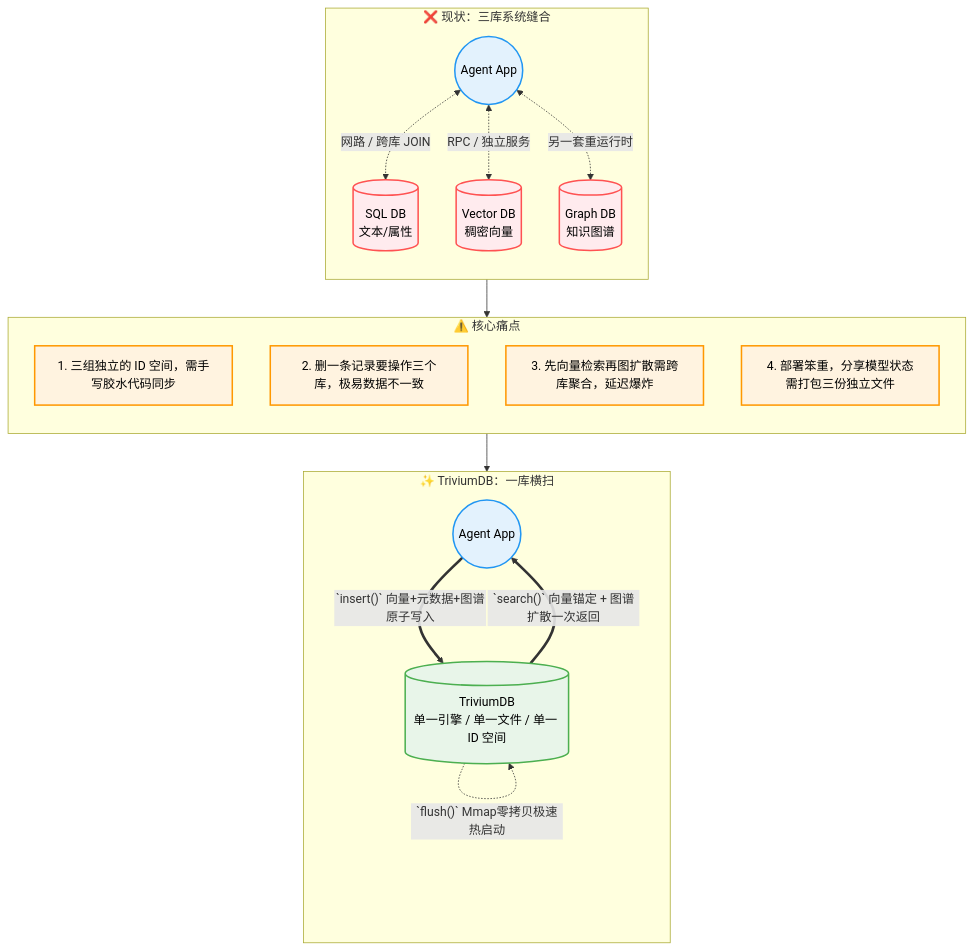
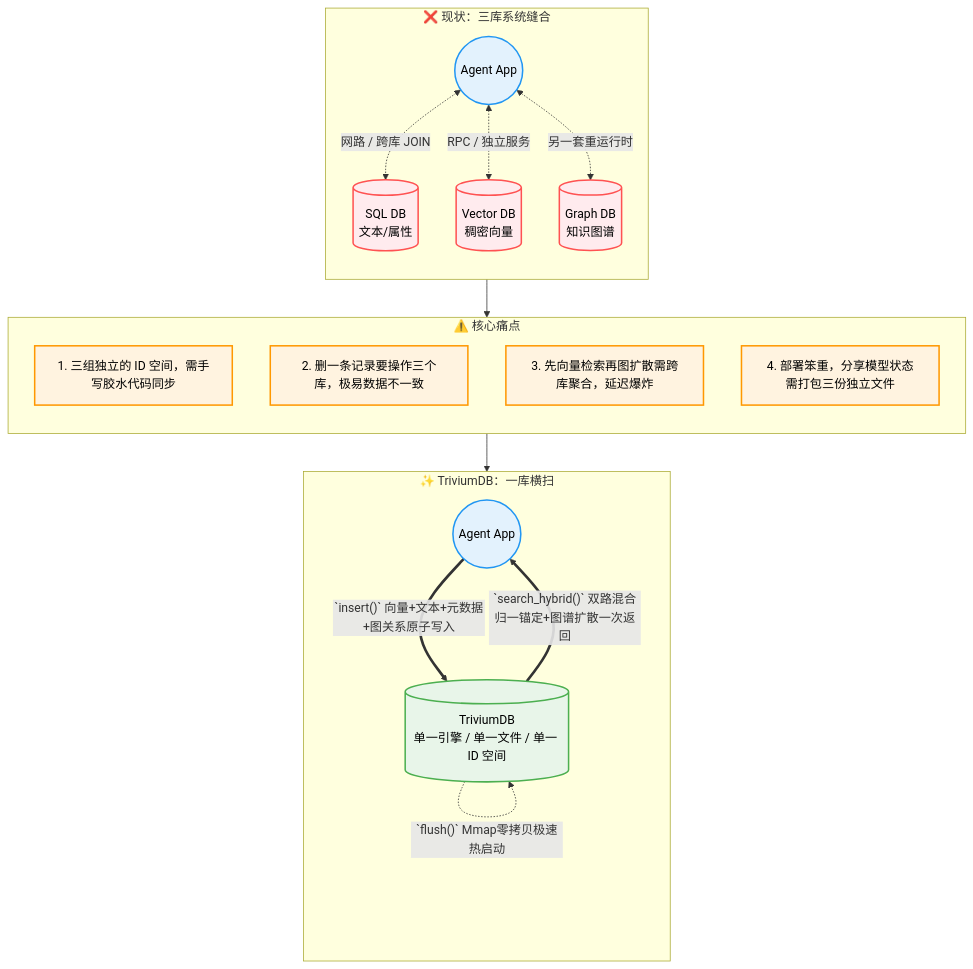
The diagram in README.md (YoKONCy/TriviumDB), drawn with Mermaid before and after one commit. The commit also changed other lines of this file and 13 other files, not shown here.

````diff
--- a/README.md
+++ b/README.md
@@ -64,41 +64,41 @@
 ```mermaid
 flowchart TD
     classDef old fill:#ffebee,stroke:#ff5252,stroke-width:2px,color:#000;
     classDef new fill:#e8f5e9,stroke:#4caf50,stroke-width:2px,color:#000;
     classDef app fill:#e3f2fd,stroke:#2196f3,stroke-width:2px,color:#000;
     classDef warning fill:#fff3e0,stroke:#ff9800,stroke-width:2px,color:#000;
 
     subgraph 现状 ["❌ 现状：三库系统缝合"]
         direction TB
         App1((Agent App)):::app
         DB1[(SQL DB<br/>文本/属性)]:::old
         DB2[(Vector DB<br/>稠密向量)]:::old
         DB3[(Graph DB<br/>知识图谱)]:::old
         
         App1 <-.网路 / 跨库 JOIN.-> DB1
         App1 <-.RPC / 独立服务.-> DB2
         App1 <-.另一套重运行时.-> DB3
     end
 
     subgraph 痛点 ["⚠️ 核心痛点"]
         direction TB
         P1[1. 三组独立的 ID 空间，需手写胶水代码同步]:::warning
         P2[2. 删一条记录要操作三个库，极易数据不一致]:::warning
         P3[3. 先向量检索再图扩散需跨库聚合，延迟爆炸]:::warning
         P4[4. 部署笨重，分享模型状态需打包三份独立文件]:::warning
     end
 
     现状 --> 痛点
 
     subgraph 解决 ["✨ TriviumDB：一库横扫"]
         direction TB
         App2((Agent App)):::app
         TV[(TriviumDB<br/>单一引擎 / 单一文件 / 单一 ID 空间)]:::new
         
-        App2 ==`insert()` 向量+元数据+图谱原子写入==> TV
-        TV ==`search()` 向量锚定 + 图谱扩散一次返回==> App2
+        App2 ==`insert()` 向量+文本+元数据+图关系原子写入==> TV
+        TV ==`search_hybrid()` 双路混合归一锚定+图谱扩散一次返回==> App2
         TV -.`flush()` Mmap零拷贝极速热启动.-> TV
     end
 
     痛点 --> 解决
 ```
````
